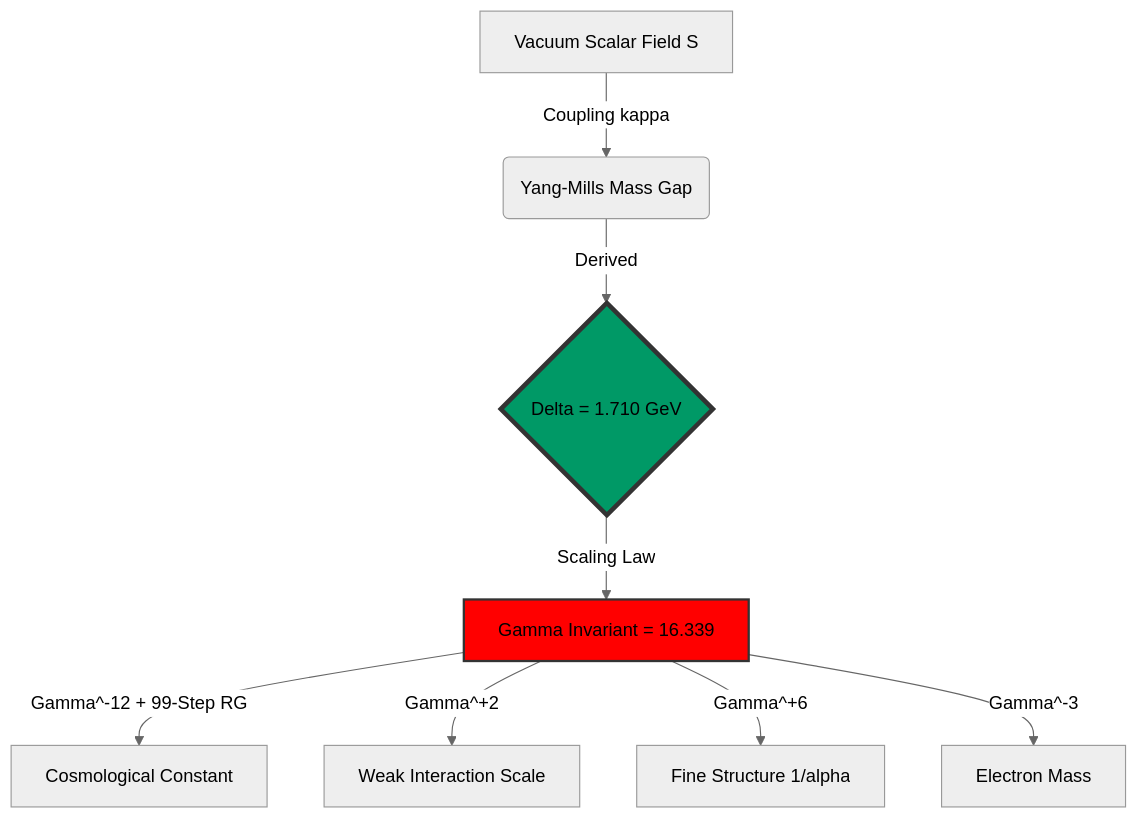
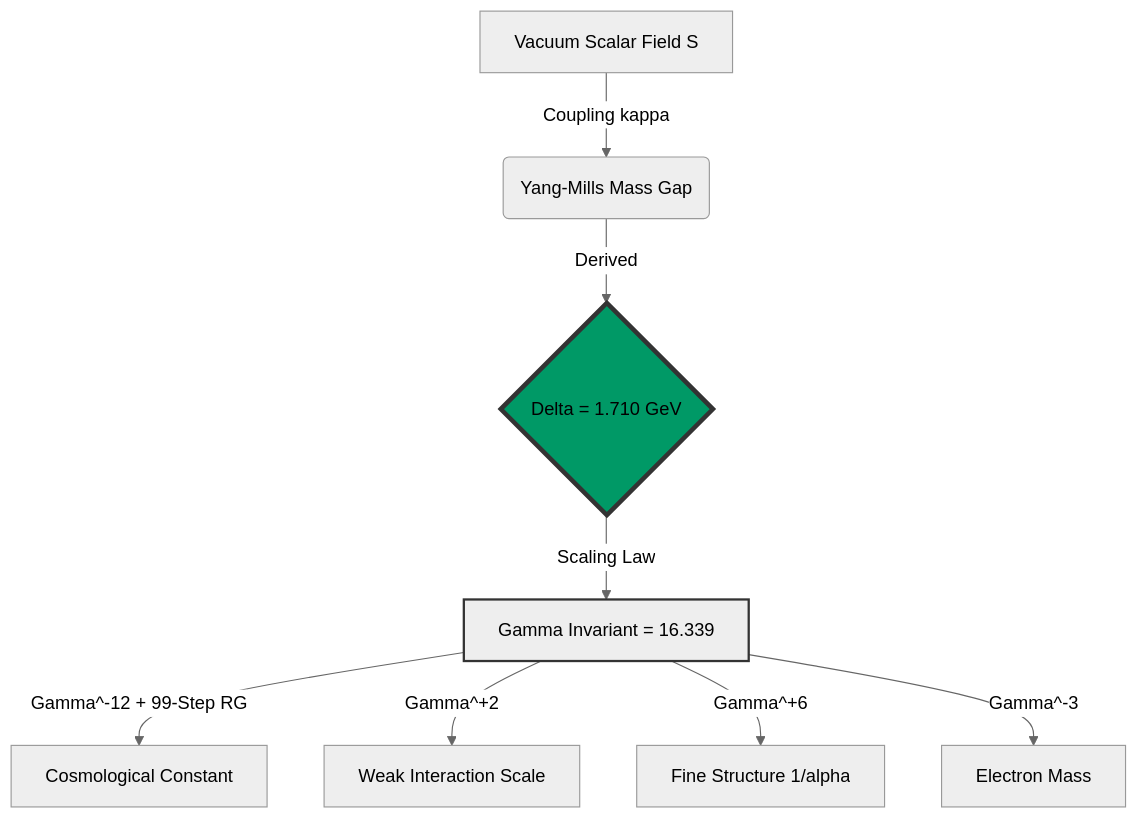
Before and after one commit to badbugsarts-hue/UIDT-Framework-V3.2-Canonical: the diagram in README.md, drawn with Mermaid (neutral theme).

Commit message:
Fix color code for style D in README

`````diff
--- a/README.md
+++ b/README.md
@@ -52,14 +52,14 @@
 ```mermaid
 graph TD
     A[Vacuum Scalar Field S] -->|Coupling kappa| B(Yang-Mills Mass Gap);
     B -->|Derived| C{Delta = 1.710 GeV};
     C -->|Scaling Law| D[Gamma Invariant = 16.339];
     
     D -->|Gamma^-12 + 99-Step RG| E[Cosmological Constant];
     D -->|Gamma^+2| F[Weak Interaction Scale];
     D -->|Gamma^+6| G[Fine Structure 1/alpha];
     D -->|Gamma^-3| H[Electron Mass];
     
     style C fill:#096,stroke:#333,stroke-width:4px
-    style D fill:#f00,stroke:#333,stroke-width:2px
+    style D fill:#f0g,stroke:#333,stroke-width:2px
 ````
`````
